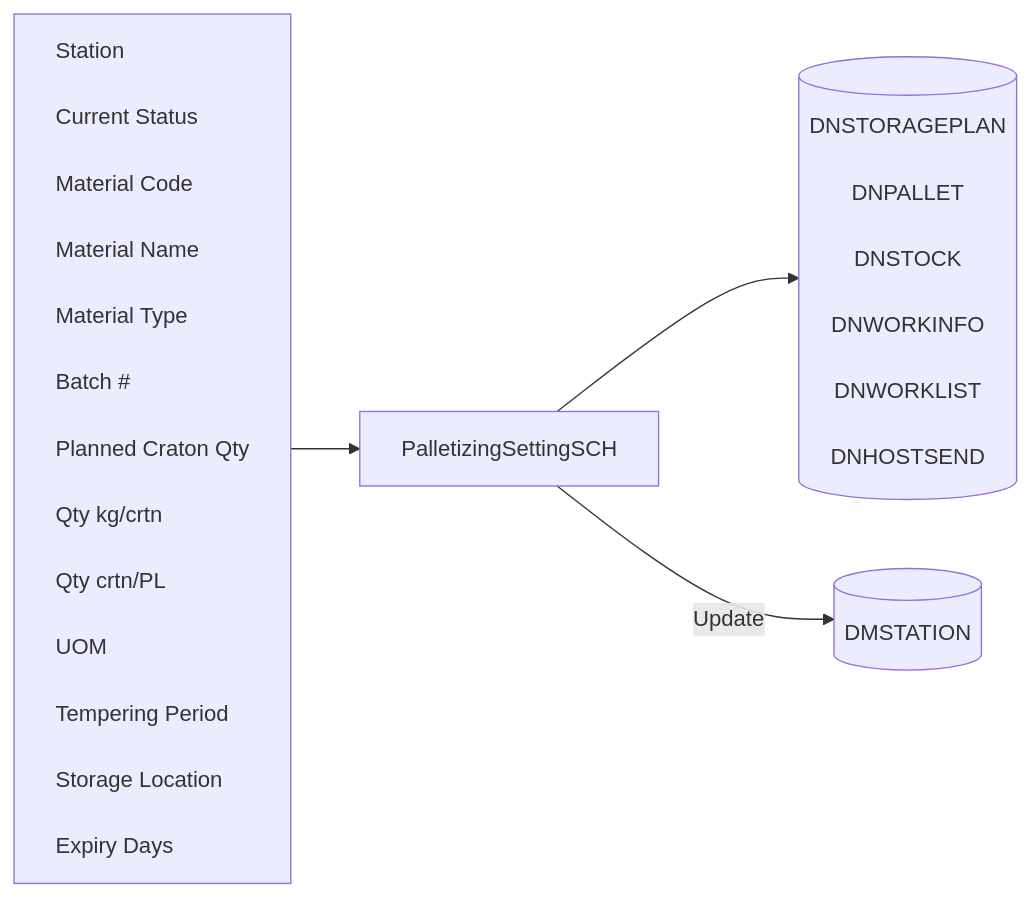
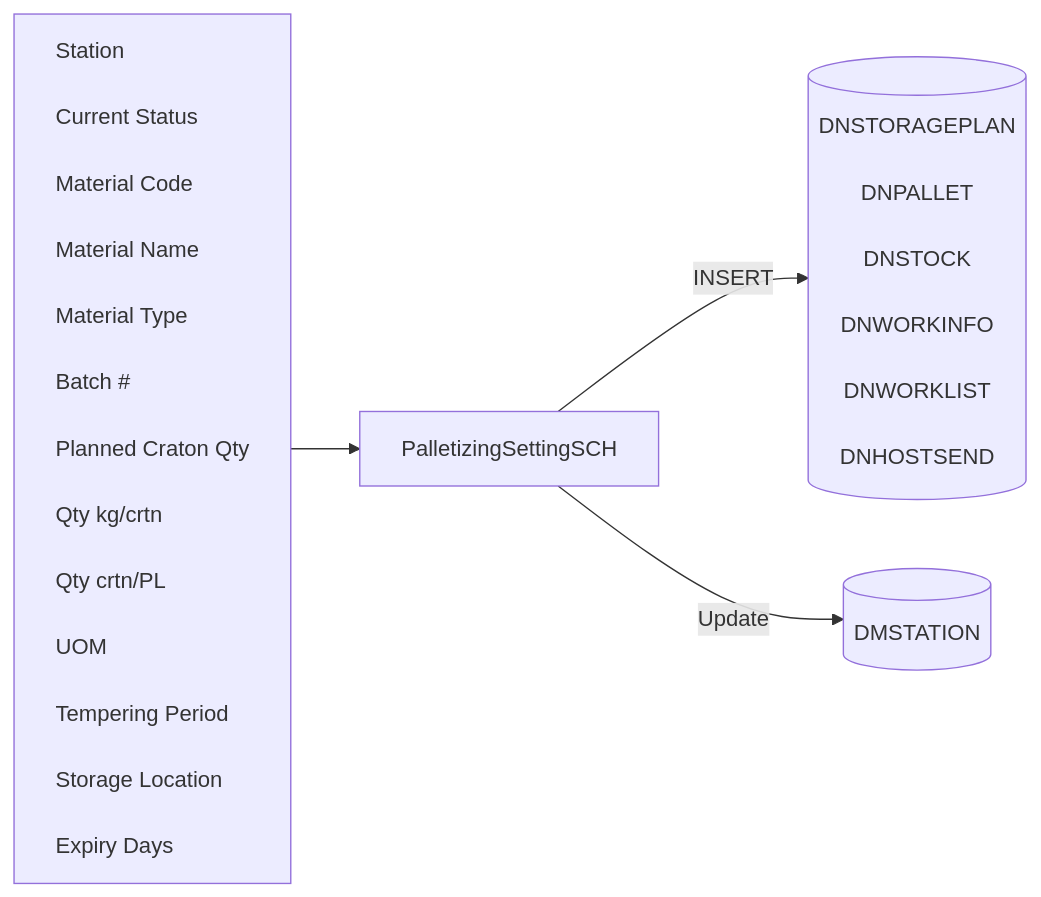
One commit to luthfiadityaa/SimeDarby-Wiki changed the diagram in Basic-Design/DFD-WMS/Storage/Palletizing-Settting/Palletize-Start.md. Above: the diagram before and after it, drawn with Mermaid.

Commit message:
Updated Palletize Start

```diff
--- a/Basic-Design/DFD-WMS/Storage/Palletizing-Settting/Palletize-Start.md
+++ b/Basic-Design/DFD-WMS/Storage/Palletizing-Settting/Palletize-Start.md
@@ -18,40 +18,40 @@
 ::: mermaid
 flowchart LR
     input[
         Station<br>
         Current Status<br>
         Material Code<br>
         Material Name<br>
         Material Type<br>
         Batch #<br>
         Planned Craton Qty<br>
         Qty kg/crtn<br>
         Qty crtn/PL<br>
         UOM<br>
         Tempering Period<br>
         Storage Location<br>
         Expiry Days<br>
     ]
 
     tableList-insert[("
         DNSTORAGEPLAN<br>
         DNPALLET<br>
         DNSTOCK<br>
         DNWORKINFO<br>
         DNWORKLIST<br>
         DNHOSTSEND<br>
     ")]
 
     tableList-update[("
         DMSTATION
     ")]
 
     className[PalletizingSettingSCH]
 
-    input --> className --> tableList-insert
+    input --> className --> |INSERT| tableList-insert
     className --> |Update| tableList-update
 
     classDef leftAlign text-align:left;
     class input leftAlign;
 
 :::
```
